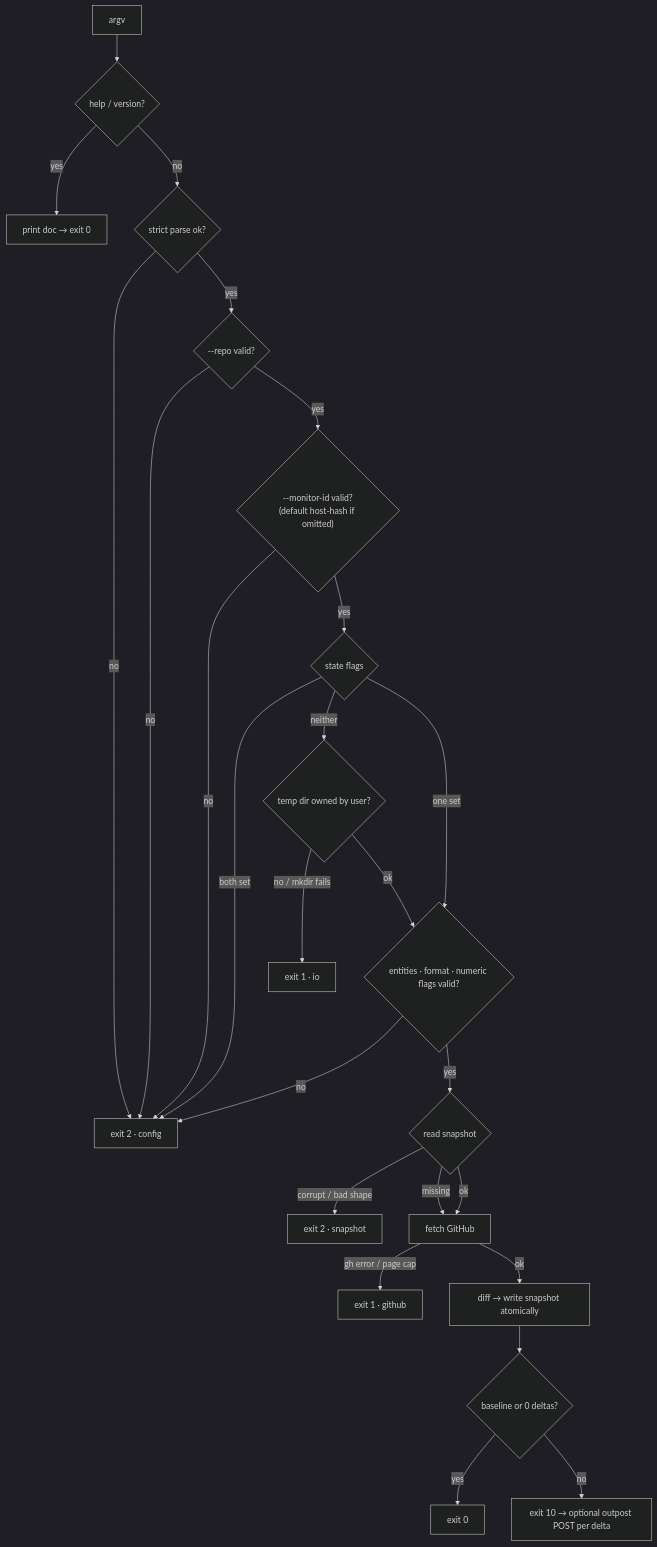
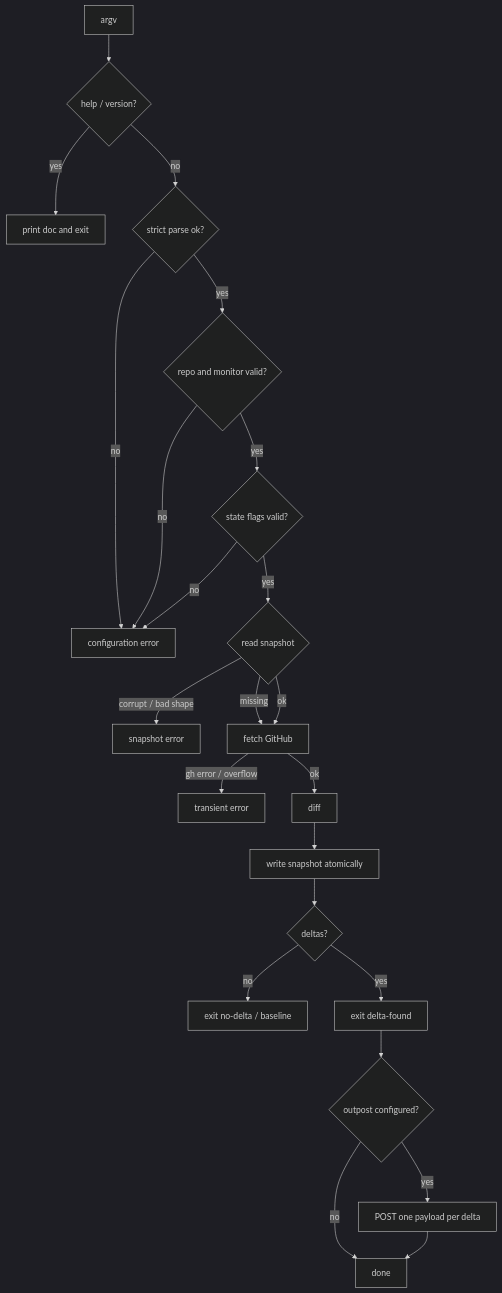
The second of 3 diagrams in docs/architecture.md (diegomarino/gh-delta), drawn with Mermaid (dark theme) before and after one commit. The commit also changed other lines of this file and 16 other files, not shown here.

````diff
--- a/docs/architecture.md
+++ b/docs/architecture.md
@@ -65,27 +74,25 @@
 ```mermaid
 flowchart TD
     A[argv] --> B{help / version?}
-    B -- yes --> B0[print doc → exit 0]
+    B -- yes --> B0[print doc and exit]
     B -- no --> C{strict parse ok?}
-    C -- no --> X2[exit 2 · config]
-    C -- yes --> D{--repo valid?}
+    C -- no --> X2[configuration error]
+    C -- yes --> D{repo and monitor valid?}
     D -- no --> X2
-    D -- yes --> E{"--monitor-id valid?<br/>(default host-hash if omitted)"}
+    D -- yes --> E{state flags valid?}
     E -- no --> X2
-    E -- yes --> F{state flags}
-    F -- both set --> X2
-    F -- neither --> G{temp dir owned by user?}
-    G -- no / mkdir fails --> X1[exit 1 · io]
-    G -- ok --> H
-    F -- one set --> H{entities · format · numeric flags valid?}
-    H -- no --> X2
-    H -- yes --> R{read snapshot}
-    R -- corrupt / bad shape --> X2s[exit 2 · snapshot]
-    R -- missing --> K[fetch GitHub]
-    R -- ok --> K
-    K -- gh error / page cap --> X1g[exit 1 · github]
-    K -- ok --> L[diff → write snapshot atomically]
-    L --> M{baseline or 0 deltas?}
-    M -- yes --> O0[exit 0]
-    M -- no --> O10[exit 10 → optional outpost POST per delta]
+    E -- yes --> F{read snapshot}
+    F -- corrupt / bad shape --> X2s[snapshot error]
+    F -- missing --> G[fetch GitHub]
+    F -- ok --> G
+    G -- gh error / overflow --> X1[transient error]
+    G -- ok --> H[diff]
+    H --> I[write snapshot atomically]
+    I --> J{deltas?}
+    J -- no --> K[exit no-delta / baseline]
+    J -- yes --> L[exit delta-found]
+    L --> M{outpost configured?}
+    M -- yes --> N[POST one payload per delta]
+    M -- no --> O[done]
+    N --> O
 ```
````
